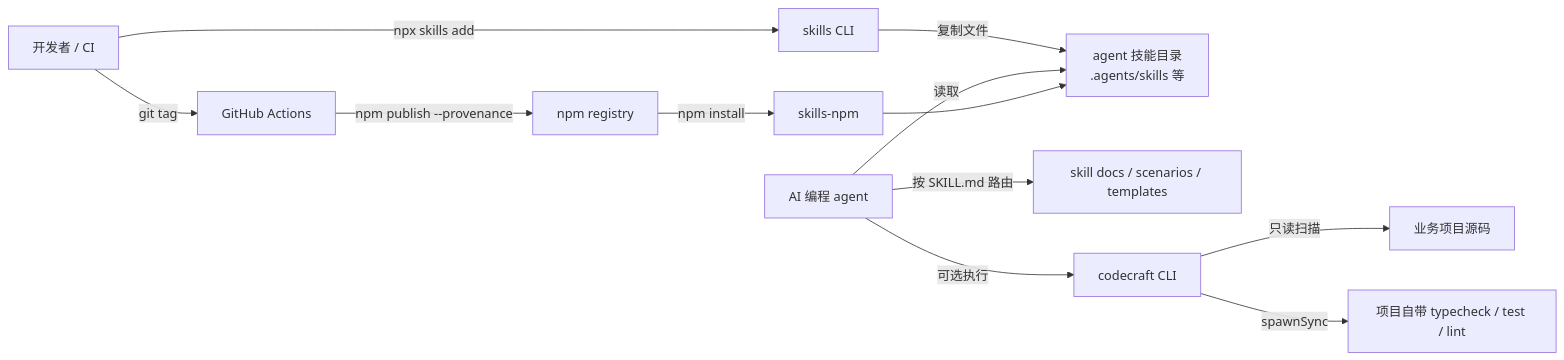
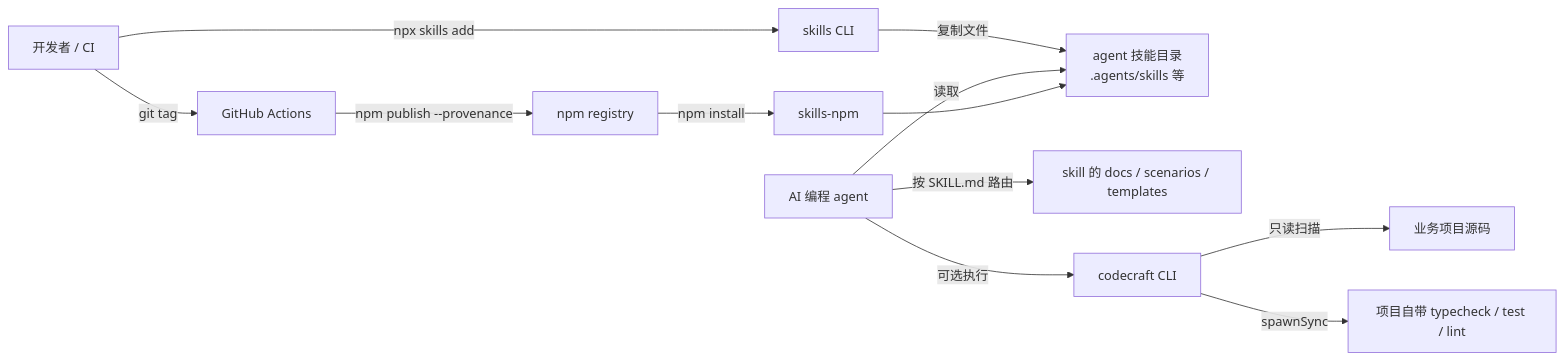
The first of 5 diagrams in 06-web/ultime-space-skills/02-architecture.md (FlyForkFork/ForkYou), drawn with Mermaid before and after one commit. The commit also changed other lines of this file and 13 other files, not shown here.

````diff
--- a/06-web/ultime-space-skills/02-architecture.md
+++ b/06-web/ultime-space-skills/02-architecture.md
@@ -11,14 +11,14 @@
 ```mermaid
 flowchart LR
   Dev[开发者 / CI] -->|npx skills add| Installer[skills CLI]
   Installer -->|复制文件| AgentDir[agent 技能目录<br/>.agents/skills 等]
   Agent[AI 编程 agent] -->|读取| AgentDir
-  Agent -->|按 SKILL.md 路由| Docs[skill docs / scenarios / templates]
+  Agent -->|按 SKILL.md 路由| Docs[skill 的 docs / scenarios / templates]
   Agent -->|可选执行| CLI[codecraft CLI]
   CLI -->|只读扫描| Repo[业务项目源码]
   CLI -->|spawnSync| Gates[项目自带 typecheck / test / lint]
   Dev -->|git tag| GHA[GitHub Actions]
   GHA -->|npm publish --provenance| NPM[npm registry]
   NPM -->|npm install| Installer2[skills-npm]
   Installer2 --> AgentDir
 ```
````
